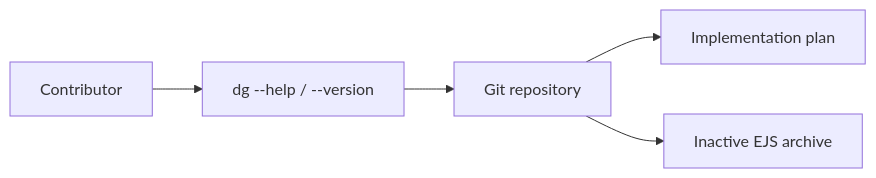
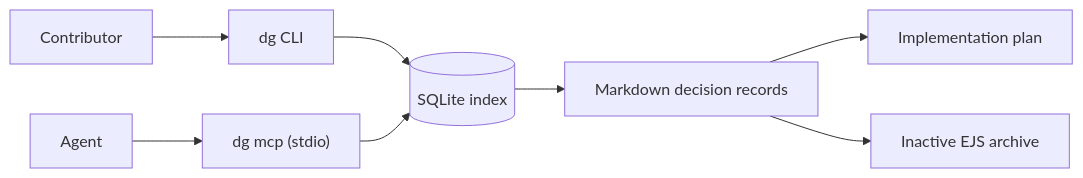
One commit to McFuzzySquirrel/Engineering-Journey-System changed the diagram in README.md. Above: the diagram before and after it, drawn with Mermaid. The commit also changed other lines of this file and 14 other files, not shown here.

Commit message:
feat: add stdio MCP tools

````diff
--- a/README.md
+++ b/README.md
@@ -61,7 +62,10 @@
 ```mermaid
 flowchart LR
-  Contributor --> CLI["dg --help / --version"]
-  CLI --> GitRepository[Git repository]
+  Contributor --> CLI["dg CLI"]
+  Agent --> MCP["dg mcp (stdio)"]
+  CLI --> SQLite[(SQLite index)]
+  MCP --> SQLite
+  SQLite --> GitRepository[Markdown decision records]
   GitRepository --> Plan[Implementation plan]
   GitRepository --> Archive[Inactive EJS archive]
 ```
````
